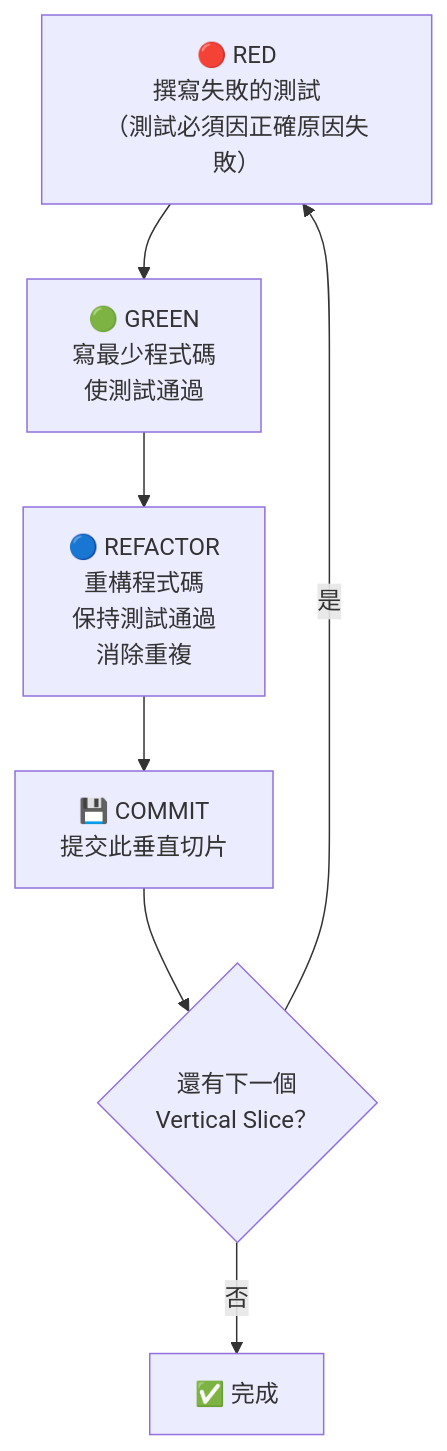
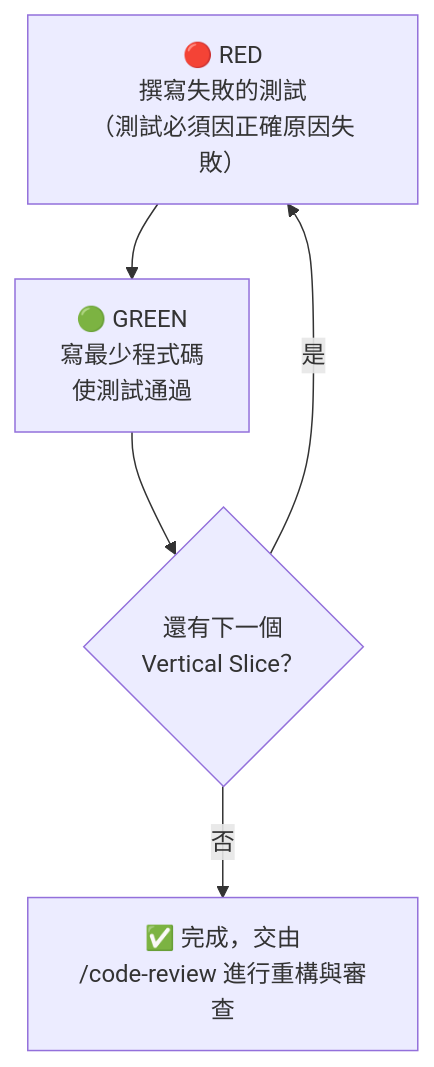
One commit to chihhung/Blog changed the sixth of 15 diagrams in content/posts/教學/AI開發/mattpocock skills 教學手冊.md. Above: the diagram before and after it, drawn with Mermaid. The commit also changed other lines of this file and 3 other files, not shown here.

````diff
--- a/content/posts/教學/AI開發/mattpocock skills 教學手冊.md
+++ b/content/posts/教學/AI開發/mattpocock skills 教學手冊.md
@@ -1000,9 +1107,7 @@
 ```mermaid
 flowchart TD
     A["🔴 RED<br/>撰寫失敗的測試<br/>（測試必須因正確原因失敗）"] --> B["🟢 GREEN<br/>寫最少程式碼<br/>使測試通過"]
-    B --> C["🔵 REFACTOR<br/>重構程式碼<br/>保持測試通過<br/>消除重複"]
-    C --> D["💾 COMMIT<br/>提交此垂直切片"]
-    D --> E{"還有下一個<br/>Vertical Slice？"}
-    E -->|"是"| A
-    E -->|"否"| F["✅ 完成"]
+    B --> C{"還有下一個<br/>Vertical Slice？"}
+    C -->|"是"| A
+    C -->|"否"| D["✅ 完成，交由<br/>/code-review 進行重構與審查"]
 ```
````
